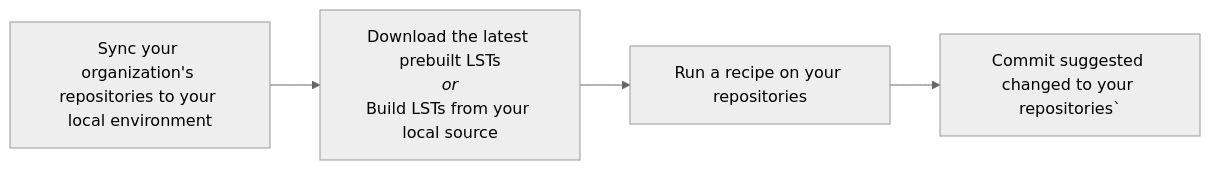
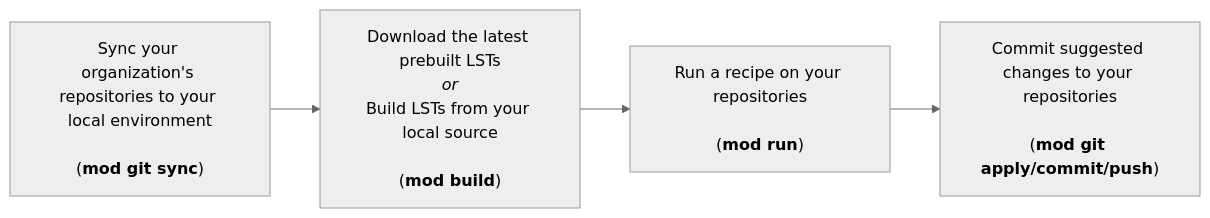
One commit to moderneinc/moderne-docs changed the diagram in docs/user-documentation/moderne-cli/how-to-guides/cli-telemetry.md. Above: the diagram before and after it, drawn with Mermaid (neutral theme). The commit also changed other lines of this file, not shown here.

````diff
--- a/docs/user-documentation/moderne-cli/how-to-guides/cli-telemetry.md
+++ b/docs/user-documentation/moderne-cli/how-to-guides/cli-telemetry.md
@@ -18,12 +22,10 @@
 ```mermaid
 flowchart LR
-  sync["Sync your organization's repositories to your local environment"]
-  build["`Download the latest prebuilt LSTs
-  _or_
-  Build LSTs from your local source`"]
-  run["`Run a recipe on your repositories`"]
-  commit["Commit suggested changed to your repositories`"]
+  sync["`Sync your organization's repositories to your local environment<br/><br/>(**mod git sync**)`"]
+  build["`Download the latest prebuilt LSTs<br/>_or_<br/>Build LSTs from your local source<br/><br/>(**mod build**)`"]
+  run["`Run a recipe on your repositories<br/><br/>(**mod run**)`"]
+  commit["`Commit suggested changes to your repositories<br/><br/>(**mod git apply/commit/push**)`"]
   sync --> build
   build --> run
   run --> commit
 ```
````
